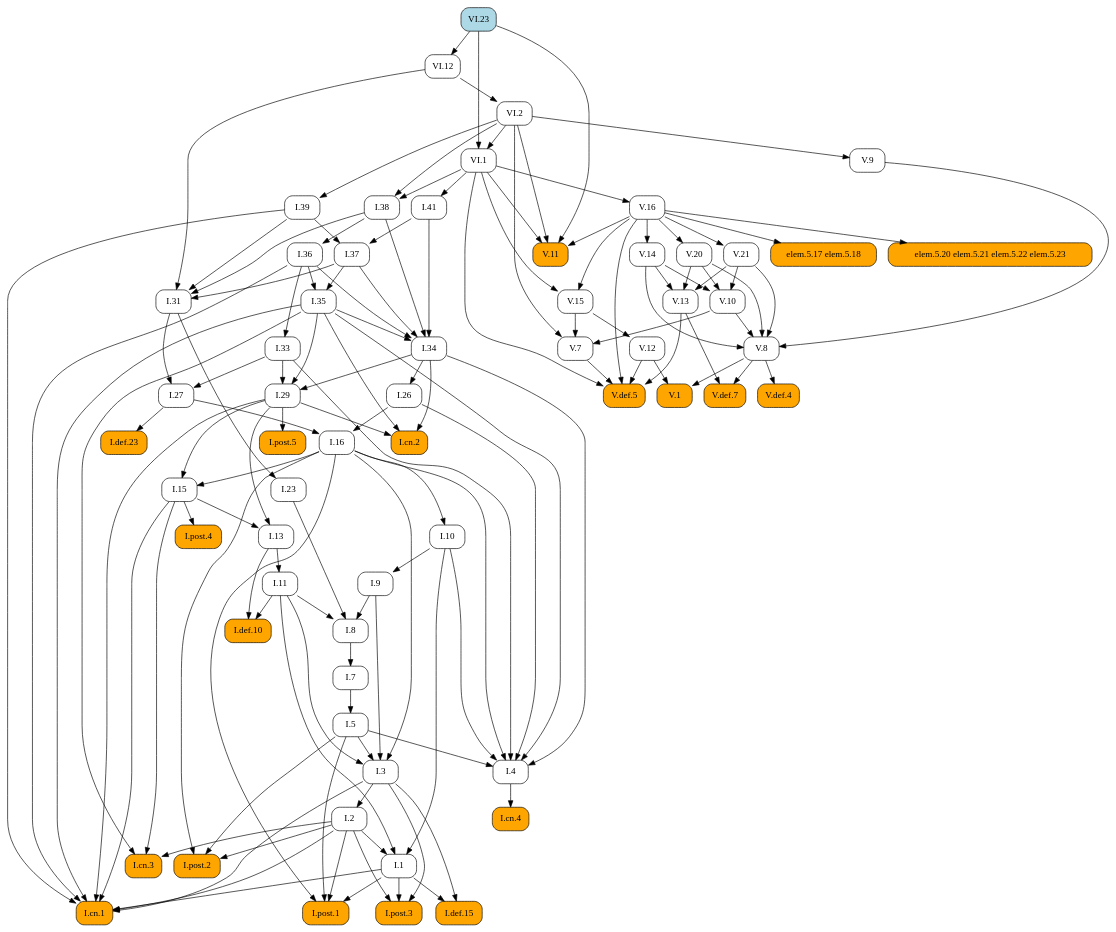
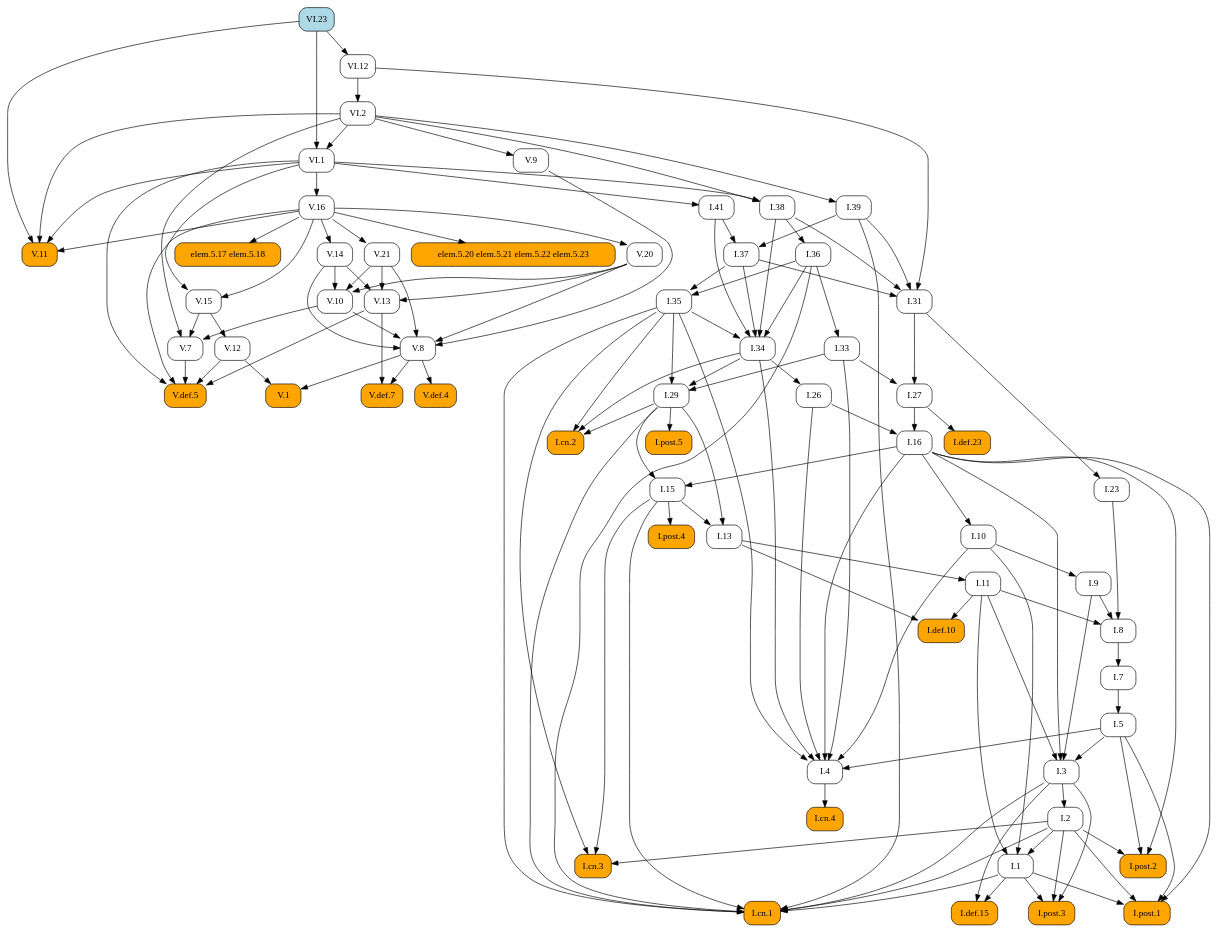
The diagram in docsrc/elements2/VI/23/index.rst (geometor/elements), drawn with Graphviz before and after one commit. The commit also changed other lines of this file and 409 other files, not shown here.

First line of the commit message:
feat: Add image cropping and graphic extraction script

```diff
--- a/docsrc/elements2/VI/23/index.rst
+++ b/docsrc/elements2/VI/23/index.rst
@@ -70,140 +70,94 @@
    digraph {
      rankdir="TB";
      node [shape=box, style=rounded];
-     "V.20" [URL="/elements2/V/20/", target="_top"];
+     "I.37" [URL="/elements2/I/37/", target="_top"];
+     "V.21" [URL="/elements2/V/21/", target="_top"];
+     "I.31" [URL="/elements2/I/31/", target="_top"];
+     "I.41" [URL="/elements2/I/41/", target="_top"];
+     "V.10" [URL="/elements2/V/10/", target="_top"];
      "I.8" [URL="/elements2/I/8/", target="_top"];
-     "I.36" [URL="/elements2/I/36/", target="_top"];
-     "VI.12" [URL="/elements2/VI/12/", target="_top"];
-     "V.def.5" [style="rounded,filled", fillcolor=orange, URL="/elements2/V/def.5/", target="_top"];
+     "V.8" [URL="/elements2/V/8/", target="_top"];
+     "VI.1" [URL="/elements2/VI/1/", target="_top"];
+     "I.15" [URL="/elements2/I/15/", target="_top"];
+     "I.5" [URL="/elements2/I/5/", target="_top"];
      "V.def.7" [style="rounded,filled", fillcolor=orange, URL="/elements2/V/def.7/", target="_top"];
-     "V.def.4" [style="rounded,filled", fillcolor=orange, URL="/elements2/V/def.4/", target="_top"];
-     "I.post.1" [style="rounded,filled", fillcolor=orange, URL="/elements2/I/post.1/", target="_top"];
-     "I.33" [URL="/elements2/I/33/", target="_top"];
-     "I.5" [URL="/elements2/I/5/", target="_top"];
-     "I.38" [URL="/elements2/I/38/", target="_top"];
-     "elem.5.17 elem.5.18" [style="rounded,filled", fillcolor=orange];
-     "VI.1" [URL="/elements2/VI/1/", target="_top"];
-     "V.11" [style="rounded,filled", fillcolor=orange, URL="/elements2/V/11/", target="_top"];
-     "V.13" [URL="/elements2/V/13/", target="_top"];
-     "I.post.5" [style="rounded,filled", fillcolor=orange, URL="/elements2/I/post.5/", target="_top"];
-     "I.def.10" [style="rounded,filled", fillcolor=orange, URL="/elements2/I/def.10/", target="_top"];
-     "I.cn.2" [style="rounded,filled", fillcolor=orange, URL="/elements2/I/cn.2/", target="_top"];
-     "VI.23" [style="rounded,filled", fillcolor=lightblue, URL="/elements2/VI/23/", target="_top"];
-     "V.9" [URL="/elements2/V/9/", target="_top"];
-     "V.16" [URL="/elements2/V/16/", target="_top"];
-     "I.def.15" [style="rounded,filled", fillcolor=orange, URL="/elements2/I/def.15/", target="_top"];
-     "V.15" [URL="/elements2/V/15/", target="_top"];
-     "I.31" [URL="/elements2/I/31/", target="_top"];
-     "I.11" [URL="/elements2/I/11/", target="_top"];
-     "I.3" [URL="/elements2/I/3/", target="_top"];
-     "I.def.23" [style="rounded,filled", fillcolor=orange, URL="/elements2/I/def.23/", target="_top"];
-     "I.post.2" [style="rounded,filled", fillcolor=orange, URL="/elements2/I/post.2/", target="_top"];
+     "V.12" [URL="/elements2/V/12/", target="_top"];
      "I.26" [URL="/elements2/I/26/", target="_top"];
-     "V.14" [URL="/elements2/V/14/", target="_top"];
-     "V.10" [URL="/elements2/V/10/", target="_top"];
-     "I.cn.3" [style="rounded,filled", fillcolor=orange, URL="/elements2/I/cn.3/", target="_top"];
-     "I.cn.4" [style="rounded,filled", fillcolor=orange, URL="/elements2/I/cn.4/", target="_top"];
-     "I.1" [URL="/elements2/I/1/", target="_top"];
-     "I.7" [URL="/elements2/I/7/", target="_top"];
-     "I.9" [URL="/elements2/I/9/", target="_top"];
-     "V.7" [URL="/elements2/V/7/", target="_top"];
      "I.cn.1" [style="rounded,filled", fillcolor=orange, URL="/elements2/I/cn.1/", target="_top"];
      "elem.5.20 elem.5.21 elem.5.22 elem.5.23" [style="rounded,filled", fillcolor=orange];
-     "V.12" [URL="/elements2/V/12/", target="_top"];
-     "V.21" [URL="/elements2/V/21/", target="_top"];
+     "I.7" [URL="/elements2/I/7/", target="_top"];
+     "V.def.5" [style="rounded,filled", fillcolor=orange, URL="/elements2/V/def.5/", target="_top"];
+     "I.23" [URL="/elements2/I/23/", target="_top"];
+     "I.16" [URL="/elements2/I/16/", target="_top"];
+     "V.9" [URL="/elements2/V/9/", target="_top"];
+     "I.34" [URL="/elements2/I/34/", target="_top"];
+     "I.35" [URL="/elements2/I/35/", target="_top"];
+     "VI.23" [style="rounded,filled", fillcolor=lightblue, URL="/elements2/VI/23/", target="_top"];
+     "I.33" [URL="/elements2/I/33/", target="_top"];
+     "V.15" [URL="/elements2/V/15/", target="_top"];
+     "VI.12" [URL="/elements2/VI/12/", target="_top"];
+     "V.14" [URL="/elements2/V/14/", target="_top"];
+     "elem.5.17 elem.5.18" [style="rounded,filled", fillcolor=orange];
+     "I.def.15" [style="rounded,filled", fillcolor=orange, URL="/elements2/I/def.15/", target="_top"];
+     "I.38" [URL="/elements2/I/38/", target="_top"];
+     "V.20" [URL="/elements2/V/20/", target="_top"];
+     "I.def.23" [style="rounded,filled", fillcolor=orange, URL="/elements2/I/def.23/", target="_top"];
+     "I.11" [URL="/elements2/I/11/", target="_top"];
+     "V.16" [URL="/elements2/V/16/", target="_top"];
+     "I.def.10" [style="rounded,filled", fillcolor=orange, URL="/elements2/I/def.10/", target="_top"];
+     "I.post.5" [style="rounded,filled", fillcolor=orange, URL="/elements2/I/post.5/", target="_top"];
+     "I.post.4" [style="rounded,filled", fillcolor=orange, URL="/elements2/I/post.4/", target="_top"];
+     "I.3" [URL="/elements2/I/3/", target="_top"];
+     "I.10" [URL="/elements2/I/10/", target="_top"];
+     "V.11" [style="rounded,filled", fillcolor=orange, URL="/elements2/V/11/", target="_top"];
+     "I.cn.3" [style="rounded,filled", fillcolor=orange, URL="/elements2/I/cn.3/", target="_top"];
+     "I.13" [URL="/elements2/I/13/", target="_top"];
+     "I.4" [URL="/elements2/I/4/", target="_top"];
+     "I.post.3" [style="rounded,filled", fillcolor=orange, URL="/elements2/I/post.3/", target="_top"];
+     "I.9" [URL="/elements2/I/9/", target="_top"];
      "I.29" [URL="/elements2/I/29/", target="_top"];
+     "I.39" [URL="/elements2/I/39/", target="_top"];
+     "I.36" [URL="/elements2/I/36/", target="_top"];
+     "V.13" [URL="/elements2/V/13/", target="_top"];
+     "I.post.1" [style="rounded,filled", fillcolor=orange, URL="/elements2/I/post.1/", target="_top"];
+     "I.2" [URL="/elements2/I/2/", target="_top"];
+     "V.def.4" [style="rounded,filled", fillcolor=orange, URL="/elements2/V/def.4/", target="_top"];
+     "VI.2" [URL="/elements2/VI/2/", target="_top"];
+     "I.27" [URL="/elements2/I/27/", target="_top"];
      "V.1" [style="rounded,filled", fillcolor=orange, URL="/elements2/V/1/", target="_top"];
-     "I.16" [URL="/elements2/I/16/", target="_top"];
-     "I.41" [URL="/elements2/I/41/", target="_top"];
-     "I.35" [URL="/elements2/I/35/", target="_top"];
-     "I.13" [URL="/elements2/I/13/", target="_top"];
-     "I.post.4" [style="rounded,filled", fillcolor=orange, URL="/elements2/I/post.4/", target="_top"];
-     "I.37" [URL="/elements2/I/37/", target="_top"];
-     "I.27" [URL="/elements2/I/27/", target="_top"];
-     "I.2" [URL="/elements2/I/2/", target="_top"];
-     "I.4" [URL="/elements2/I/4/", target="_top"];
-     "V.8" [URL="/elements2/V/8/", target="_top"];
-     "VI.2" [URL="/elements2/VI/2/", target="_top"];
-     "I.39" [URL="/elements2/I/39/", target="_top"];
-     "I.10" [URL="/elements2/I/10/", target="_top"];
-     "I.15" [URL="/elements2/I/15/", target="_top"];
-     "I.34" [URL="/elements2/I/34/", target="_top"];
-     "I.23" [URL="/elements2/I/23/", target="_top"];
-     "I.post.3" [style="rounded,filled", fillcolor=orange, URL="/elements2/I/post.3/", target="_top"];
-     "V.16" -> "V.20";
-     "I.9" -> "I.8";
-     "I.11" -> "I.8";
-     "I.23" -> "I.8";
-     "I.38" -> "I.36";
-     "VI.23" -> "VI.12";
-     "V.7" -> "V.def.5";
-     "V.12" -> "V.def.5";
-     "V.13" -> "V.def.5";
-     "V.16" -> "V.def.5";
-     "VI.1" -> "V.def.5";
-     "V.8" -> "V.def.7";
-     "V.13" -> "V.def.7";
-     "V.8" -> "V.def.4";
-     "I.1" -> "I.post.1";
-     "I.2" -> "I.post.1";
-     "I.5" -> "I.post.1";
-     "I.16" -> "I.post.1";
-     "I.36" -> "I.33";
-     "I.7" -> "I.5";
-     "VI.1" -> "I.38";
-     "VI.2" -> "I.38";
-     "V.16" -> "elem.5.17 elem.5.18";
-     "VI.2" -> "VI.1";
-     "VI.23" -> "VI.1";
-     "V.16" -> "V.11";
-     "VI.1" -> "V.11";
-     "VI.2" -> "V.11";
-     "VI.23" -> "V.11";
-     "V.14" -> "V.13";
-     "V.20" -> "V.13";
-     "V.21" -> "V.13";
-     "I.29" -> "I.post.5";
-     "I.11" -> "I.def.10";
-     "I.13" -> "I.def.10";
-     "I.29" -> "I.cn.2";
-     "I.34" -> "I.cn.2";
-     "I.35" -> "I.cn.2";
-     "VI.2" -> "V.9";
-     "VI.1" -> "V.16";
-     "I.1" -> "I.def.15";
-     "I.3" -> "I.def.15";
-     "V.16" -> "V.15";
-     "VI.1" -> "V.15";
+     "I.cn.4" [style="rounded,filled", fillcolor=orange, URL="/elements2/I/cn.4/", target="_top"];
+     "I.cn.2" [style="rounded,filled", fillcolor=orange, URL="/elements2/I/cn.2/", target="_top"];
+     "V.7" [URL="/elements2/V/7/", target="_top"];
+     "I.1" [URL="/elements2/I/1/", target="_top"];
+     "I.post.2" [style="rounded,filled", fillcolor=orange, URL="/elements2/I/post.2/", target="_top"];
+     "I.39" -> "I.37";
+     "I.41" -> "I.37";
+     "V.16" -> "V.21";
      "I.37" -> "I.31";
      "I.38" -> "I.31";
      "I.39" -> "I.31";
      "VI.12" -> "I.31";
-     "I.13" -> "I.11";
-     "I.5" -> "I.3";
-     "I.9" -> "I.3";
-     "I.11" -> "I.3";
-     "I.16" -> "I.3";
-     "I.27" -> "I.def.23";
-     "I.2" -> "I.post.2";
-     "I.5" -> "I.post.2";
-     "I.16" -> "I.post.2";
-     "I.34" -> "I.26";
-     "V.16" -> "V.14";
+     "VI.1" -> "I.41";
      "V.14" -> "V.10";
      "V.20" -> "V.10";
      "V.21" -> "V.10";
-     "I.2" -> "I.cn.3";
-     "I.15" -> "I.cn.3";
-     "I.35" -> "I.cn.3";
-     "I.4" -> "I.cn.4";
-     "I.2" -> "I.1";
-     "I.10" -> "I.1";
-     "I.11" -> "I.1";
-     "I.8" -> "I.7";
-     "I.10" -> "I.9";
-     "V.10" -> "V.7";
-     "V.15" -> "V.7";
-     "VI.2" -> "V.7";
+     "I.9" -> "I.8";
+     "I.11" -> "I.8";
+     "I.23" -> "I.8";
+     "V.9" -> "V.8";
+     "V.10" -> "V.8";
+     "V.14" -> "V.8";
+     "V.20" -> "V.8";
+     "V.21" -> "V.8";
+     "VI.2" -> "VI.1";
+     "VI.23" -> "VI.1";
+     "I.16" -> "I.15";
+     "I.29" -> "I.15";
+     "I.7" -> "I.5";
+     "V.8" -> "V.def.7";
+     "V.13" -> "V.def.7";
+     "V.15" -> "V.12";
+     "I.34" -> "I.26";
      "I.1" -> "I.cn.1";
      "I.2" -> "I.cn.1";
      "I.3" -> "I.cn.1";
@@ -213,26 +167,55 @@
      "I.36" -> "I.cn.1";
      "I.39" -> "I.cn.1";
      "V.16" -> "elem.5.20 elem.5.21 elem.5.22 elem.5.23";
-     "V.15" -> "V.12";
-     "V.16" -> "V.21";
-     "I.33" -> "I.29";
-     "I.34" -> "I.29";
-     "I.35" -> "I.29";
-     "V.8" -> "V.1";
-     "V.12" -> "V.1";
+     "I.8" -> "I.7";
+     "V.7" -> "V.def.5";
+     "V.12" -> "V.def.5";
+     "V.13" -> "V.def.5";
+     "V.16" -> "V.def.5";
+     "VI.1" -> "V.def.5";
+     "I.31" -> "I.23";
      "I.26" -> "I.16";
      "I.27" -> "I.16";
-     "VI.1" -> "I.41";
+     "VI.2" -> "V.9";
+     "I.35" -> "I.34";
+     "I.36" -> "I.34";
+     "I.37" -> "I.34";
+     "I.38" -> "I.34";
+     "I.41" -> "I.34";
      "I.36" -> "I.35";
      "I.37" -> "I.35";
+     "I.36" -> "I.33";
+     "V.16" -> "V.15";
+     "VI.1" -> "V.15";
+     "VI.23" -> "VI.12";
+     "V.16" -> "V.14";
+     "V.16" -> "elem.5.17 elem.5.18";
+     "I.1" -> "I.def.15";
+     "I.3" -> "I.def.15";
+     "VI.1" -> "I.38";
+     "VI.2" -> "I.38";
+     "V.16" -> "V.20";
+     "I.27" -> "I.def.23";
+     "I.13" -> "I.11";
+     "VI.1" -> "V.16";
+     "I.11" -> "I.def.10";
+     "I.13" -> "I.def.10";
+     "I.29" -> "I.post.5";
+     "I.15" -> "I.post.4";
+     "I.5" -> "I.3";
+     "I.9" -> "I.3";
+     "I.11" -> "I.3";
+     "I.16" -> "I.3";
+     "I.16" -> "I.10";
+     "V.16" -> "V.11";
+     "VI.1" -> "V.11";
+     "VI.2" -> "V.11";
+     "VI.23" -> "V.11";
+     "I.2" -> "I.cn.3";
+     "I.15" -> "I.cn.3";
+     "I.35" -> "I.cn.3";
      "I.15" -> "I.13";
      "I.29" -> "I.13";
-     "I.15" -> "I.post.4";
-     "I.39" -> "I.37";
-     "I.41" -> "I.37";
-     "I.31" -> "I.27";
-     "I.33" -> "I.27";
-     "I.3" -> "I.2";
      "I.5" -> "I.4";
      "I.10" -> "I.4";
      "I.16" -> "I.4";
@@ -240,23 +223,40 @@
      "I.33" -> "I.4";
      "I.34" -> "I.4";
      "I.35" -> "I.4";
-     "V.9" -> "V.8";
-     "V.10" -> "V.8";
-     "V.14" -> "V.8";
-     "V.20" -> "V.8";
-     "V.21" -> "V.8";
-     "VI.12" -> "VI.2";
-     "VI.2" -> "I.39";
-     "I.16" -> "I.10";
-     "I.16" -> "I.15";
-     "I.29" -> "I.15";
-     "I.35" -> "I.34";
-     "I.36" -> "I.34";
-     "I.37" -> "I.34";
-     "I.38" -> "I.34";
-     "I.41" -> "I.34";
-     "I.31" -> "I.23";
      "I.1" -> "I.post.3";
      "I.2" -> "I.post.3";
      "I.3" -> "I.post.3";
+     "I.10" -> "I.9";
+     "I.33" -> "I.29";
+     "I.34" -> "I.29";
+     "I.35" -> "I.29";
+     "VI.2" -> "I.39";
+     "I.38" -> "I.36";
+     "V.14" -> "V.13";
+     "V.20" -> "V.13";
+     "V.21" -> "V.13";
+     "I.1" -> "I.post.1";
+     "I.2" -> "I.post.1";
+     "I.5" -> "I.post.1";
+     "I.16" -> "I.post.1";
+     "I.3" -> "I.2";
+     "V.8" -> "V.def.4";
+     "VI.12" -> "VI.2";
+     "I.31" -> "I.27";
+     "I.33" -> "I.27";
+     "V.8" -> "V.1";
+     "V.12" -> "V.1";
+     "I.4" -> "I.cn.4";
+     "I.29" -> "I.cn.2";
+     "I.34" -> "I.cn.2";
+     "I.35" -> "I.cn.2";
+     "V.10" -> "V.7";
+     "V.15" -> "V.7";
+     "VI.2" -> "V.7";
+     "I.2" -> "I.1";
+     "I.10" -> "I.1";
+     "I.11" -> "I.1";
+     "I.2" -> "I.post.2";
+     "I.5" -> "I.post.2";
+     "I.16" -> "I.post.2";
    }
```
